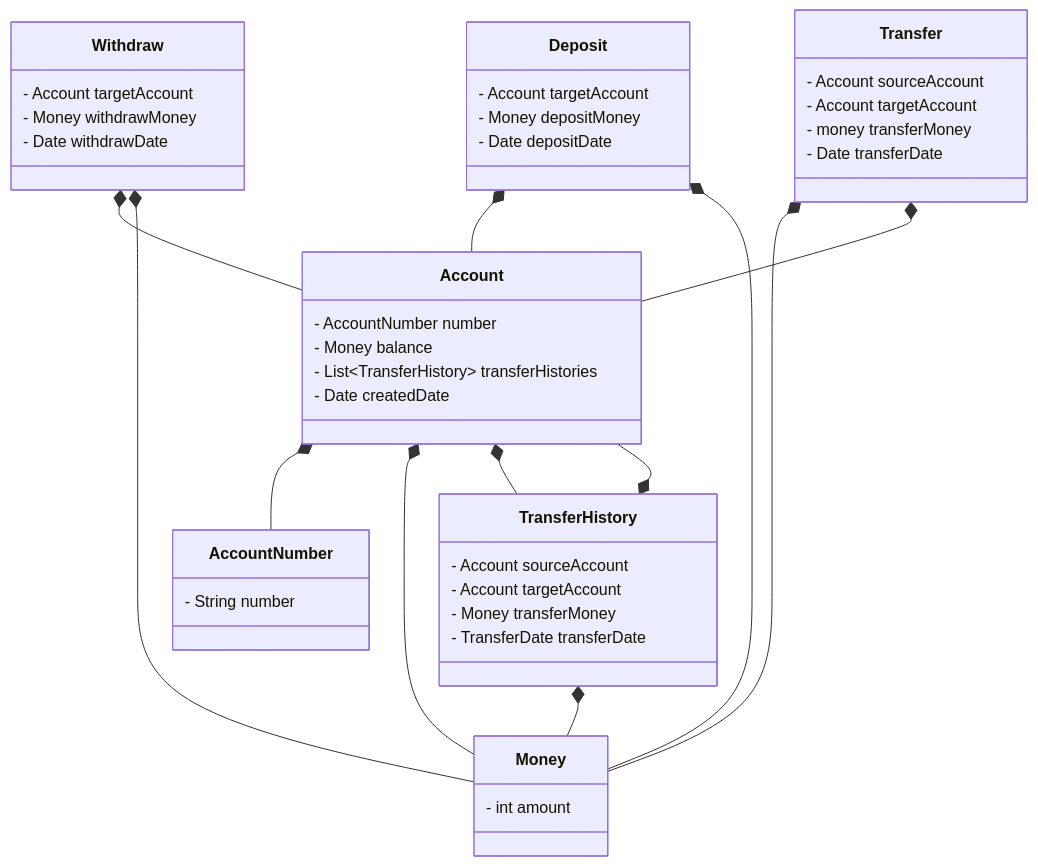
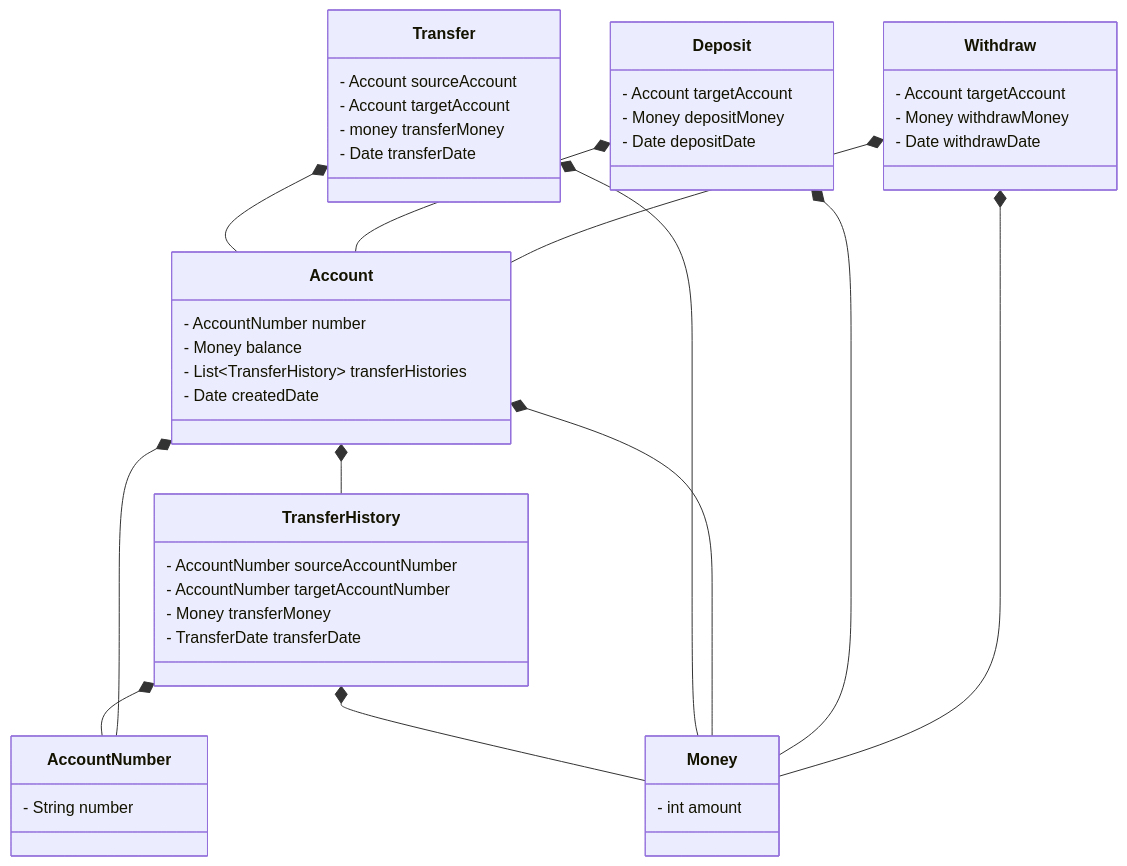
The first of 2 diagrams in README.md (Exagonal-Study/EST-s-Payments), drawn with Mermaid before and after one commit. The commit also changed other lines of this file, not shown here.

Commit message:
chore : 모델링 수정

````diff
--- a/README.md
+++ b/README.md
@@ -99,55 +99,55 @@
 ```mermaid
 classDiagram
     class Withdraw {
         - Account targetAccount
         - Money withdrawMoney
         - Date withdrawDate
     }
 
     class Deposit {
         - Account targetAccount
         - Money depositMoney
         - Date depositDate
     }
 
     class Transfer {
         - Account sourceAccount
         - Account targetAccount
         - money transferMoney
         - Date transferDate
     }
 
     class Account {
         - AccountNumber number
         - Money balance
         - List~TransferHistory~ transferHistories
         - Date createdDate
     }
 
     class AccountNumber {
         - String number
     }
 
     class TransferHistory {
-        - Account sourceAccount
-        - Account targetAccount
+        - AccountNumber sourceAccountNumber
+        - AccountNumber targetAccountNumber
         - Money transferMoney
         - TransferDate transferDate
     }
 
     class Money {
         - int amount
     }
 
     Withdraw *-- Account
     Withdraw *-- Money
     Deposit *-- Account
     Deposit *-- Money
     Account *-- AccountNumber
     Account *-- Money
     Account *-- TransferHistory
     Transfer *-- Money
     Transfer *-- Account
     TransferHistory *-- Money
-    TransferHistory *-- Account
+    TransferHistory *-- AccountNumber
 ```
````
